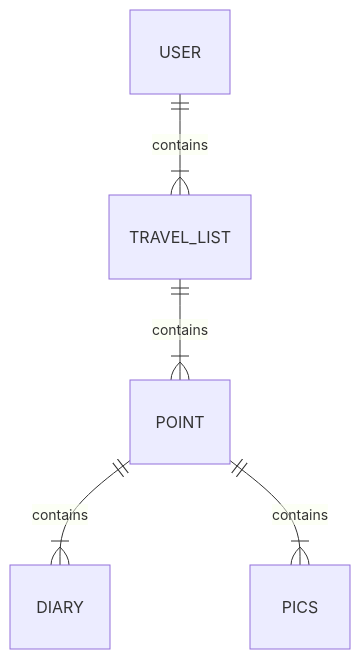
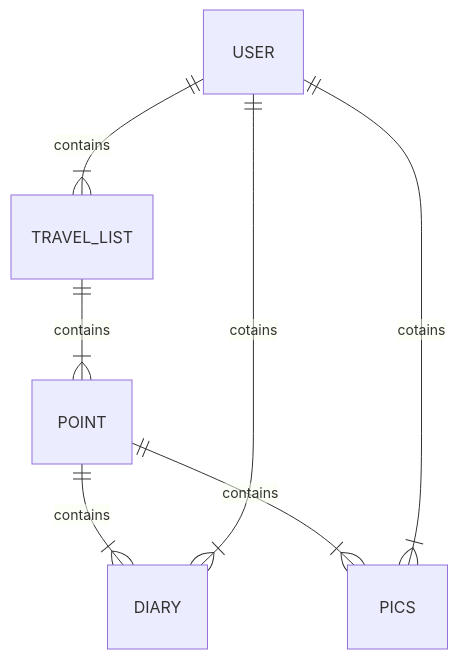
Before and after one commit to KMUlee/nestjs-intertravel: the diagram in README.md, drawn with Mermaid.

````diff
--- a/README.md
+++ b/README.md
@@ -15,7 +15,9 @@
 ```mermaid
 erDiagram
     USER ||--|{ TRAVEL_LIST : contains
     TRAVEL_LIST ||--|{ POINT : contains
     POINT || -- |{ DIARY : contains
     POINT || -- |{ PICS : contains
+    USER || -- |{ DIARY : cotains
+    USER || -- |{ PICS : cotains
 ```
````
